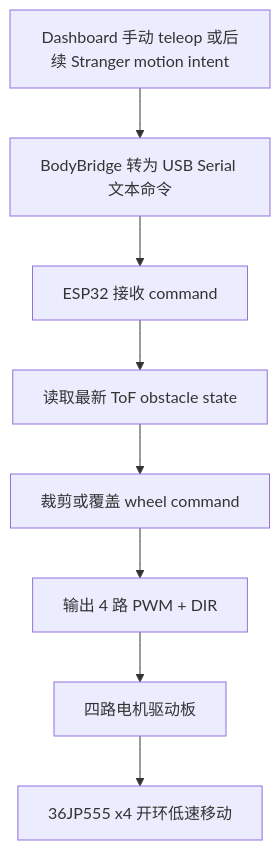
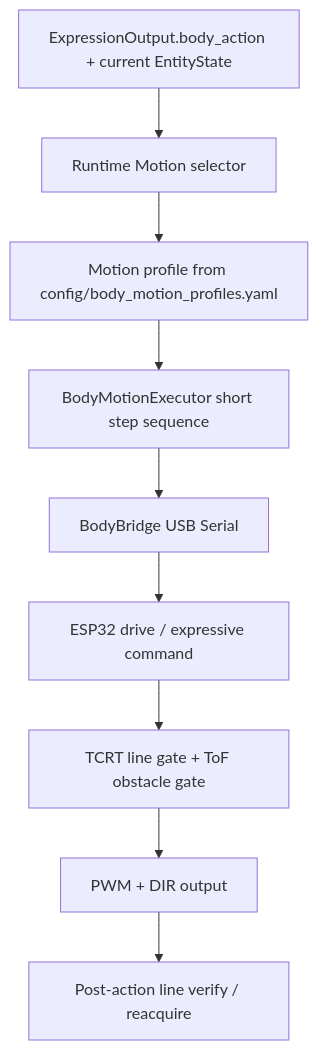
Before and after one commit to Redmad-jack/Unnamed_system: the fifth of 8 diagrams in docs/references/system_logic.md, drawn with Mermaid. The commit also changed other lines of this file and 37 other files, not shown here.

Commit message:
Integrate runtime motion and hardware gates

````diff
--- a/docs/references/system_logic.md
+++ b/docs/references/system_logic.md
@@ -443,10 +543,11 @@
 ```mermaid
 flowchart TD
-    A["Dashboard 手动 teleop 或后续 Stranger motion intent"] --> B["BodyBridge 转为 USB Serial 文本命令"]
-    B --> C["ESP32 接收 command"]
-    C --> D["读取最新 ToF obstacle state"]
-    D --> E["裁剪或覆盖 wheel command"]
-    E --> F["输出 4 路 PWM + DIR"]
-    F --> G["四路电机驱动板"]
-    G --> H["36JP555 x4 开环低速移动"]
+    A["ExpressionOutput.body_action + current EntityState"] --> B["Runtime Motion selector"]
+    B --> C["Motion profile from config/body_motion_profiles.yaml"]
+    C --> D["BodyMotionExecutor short step sequence"]
+    D --> E["BodyBridge USB Serial"]
+    E --> F["ESP32 drive / expressive command"]
+    F --> G["TCRT line gate + ToF obstacle gate"]
+    G --> H["PWM + DIR output"]
+    H --> I["Post-action line verify / reacquire"]
 ```
````
